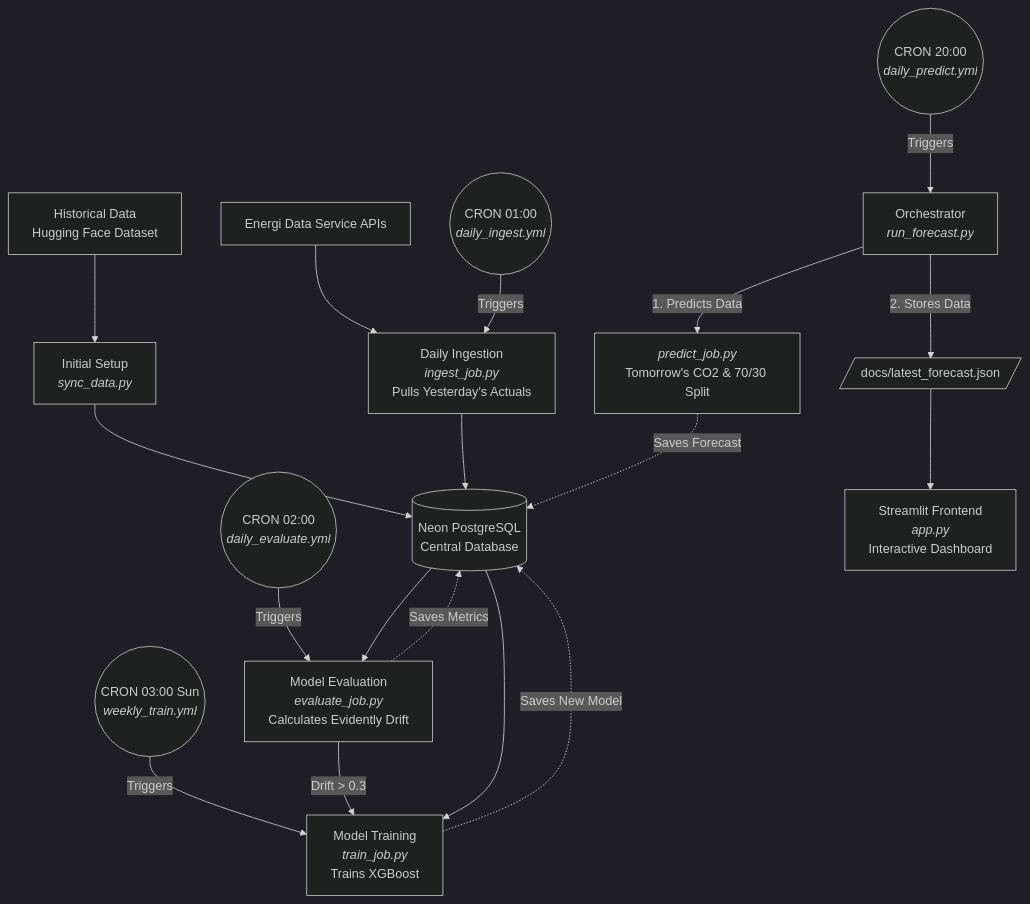
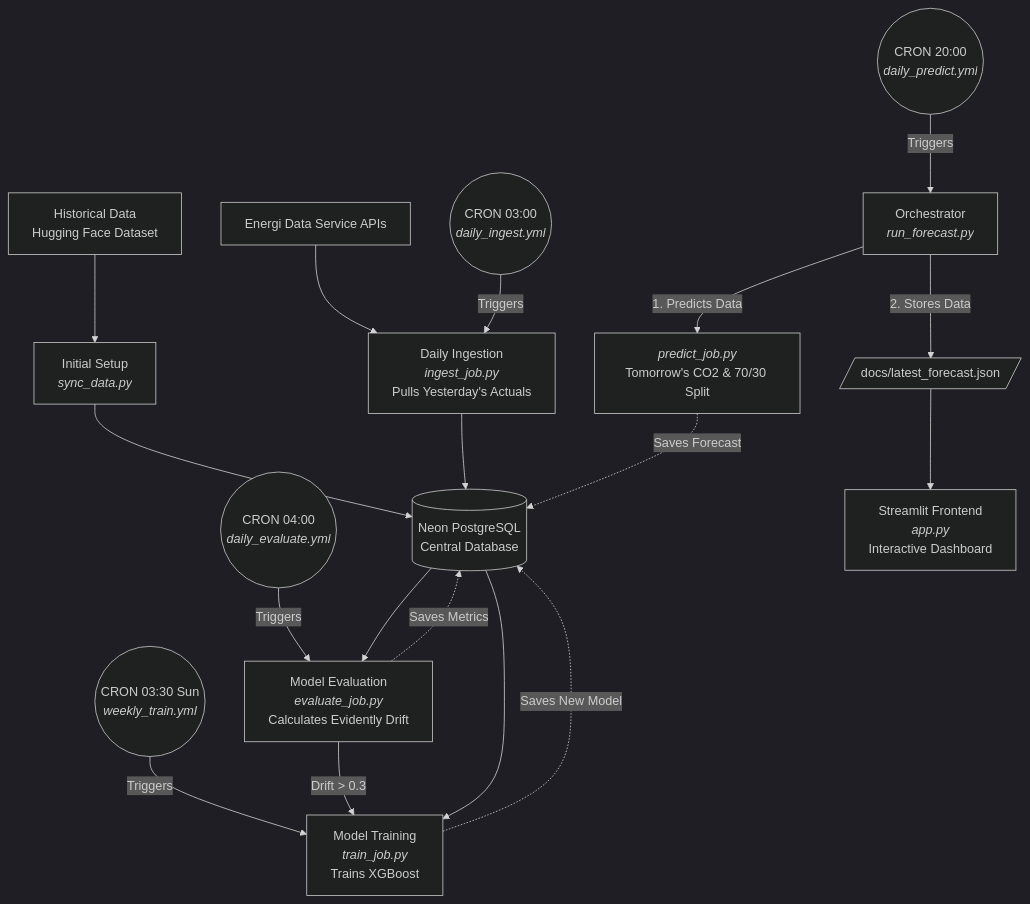
The diagram in README.md (xprafulx/gridwise-guardian), drawn with Mermaid (dark theme) before and after one commit. The commit also changed other lines of this file, not shown here.

Commit message:
Update CRON schedules in README for jobs

````diff
--- a/README.md
+++ b/README.md
@@ -37,32 +37,32 @@
 ```mermaid
 flowchart TD
     %% External Data Sources
     HF[Historical Data<br/>Hugging Face Dataset] --> Sync
     API[Energi Data Service APIs] --> Ingest
 
     %% Initial Setup
     Sync[Initial Setup<br/><i>sync_data.py</i>] --> DB[(Neon PostgreSQL<br/>Central Database)]
 
     %% 1. Ingestion Job
-    CRON1((CRON 01:00<br/><i>daily_ingest.yml</i>)) -->|Triggers| Ingest
+    CRON1((CRON 03:00<br/><i>daily_ingest.yml</i>)) -->|Triggers| Ingest
     Ingest[Daily Ingestion<br/><i>ingest_job.py</i><br/>Pulls Yesterday's Actuals] --> DB
 
     %% 2. Evaluation Job
-    CRON2((CRON 02:00<br/><i>daily_evaluate.yml</i>)) -->|Triggers| Eval
+    CRON2((CRON 04:00<br/><i>daily_evaluate.yml</i>)) -->|Triggers| Eval
     DB --> Eval[Model Evaluation<br/><i>evaluate_job.py</i><br/>Calculates Evidently Drift]
     Eval -. Saves Metrics .-> DB
 
     %% 3. Training Job
-    CRON3((CRON 03:00 Sun<br/><i>weekly_train.yml</i>)) -->|Triggers| Train
+    CRON3((CRON 03:30 Sun<br/><i>weekly_train.yml</i>)) -->|Triggers| Train
     Eval -->|Drift > 0.3| Train
     DB --> Train[Model Training<br/><i>train_job.py</i><br/>Trains XGBoost]
     Train -. Saves New Model .-> DB
 
     %% 4. Prediction Job & Export (The Orchestrator)
     CRON4((CRON 20:00<br/><i>daily_predict.yml</i>)) -->|Triggers| RunForecast
     RunForecast[Orchestrator<br/><i>run_forecast.py</i>] -->|1. Predicts Data| Predict
     Predict[<i>predict_job.py</i><br/>Tomorrow's CO2 & 70/30 Split] -. Saves Forecast .-> DB
     RunForecast -->|2. Stores Data| JSON[/docs/latest_forecast.json/]
     
     JSON --> UI[Streamlit Frontend<br/><i>app.py</i><br/>Interactive Dashboard]
 ```
````
